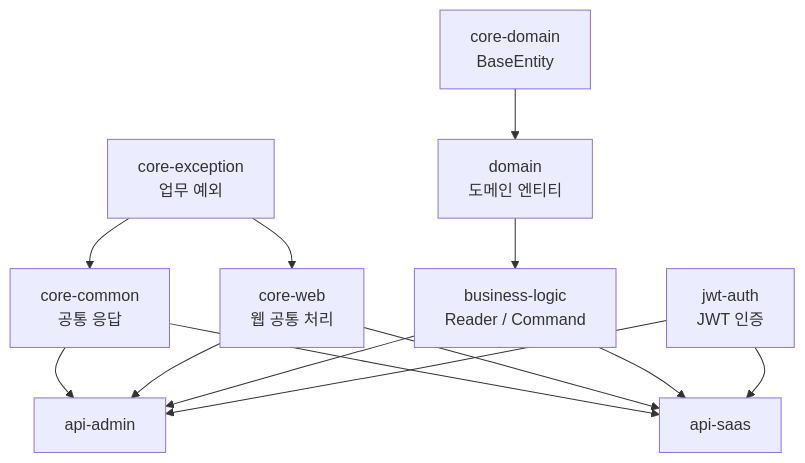
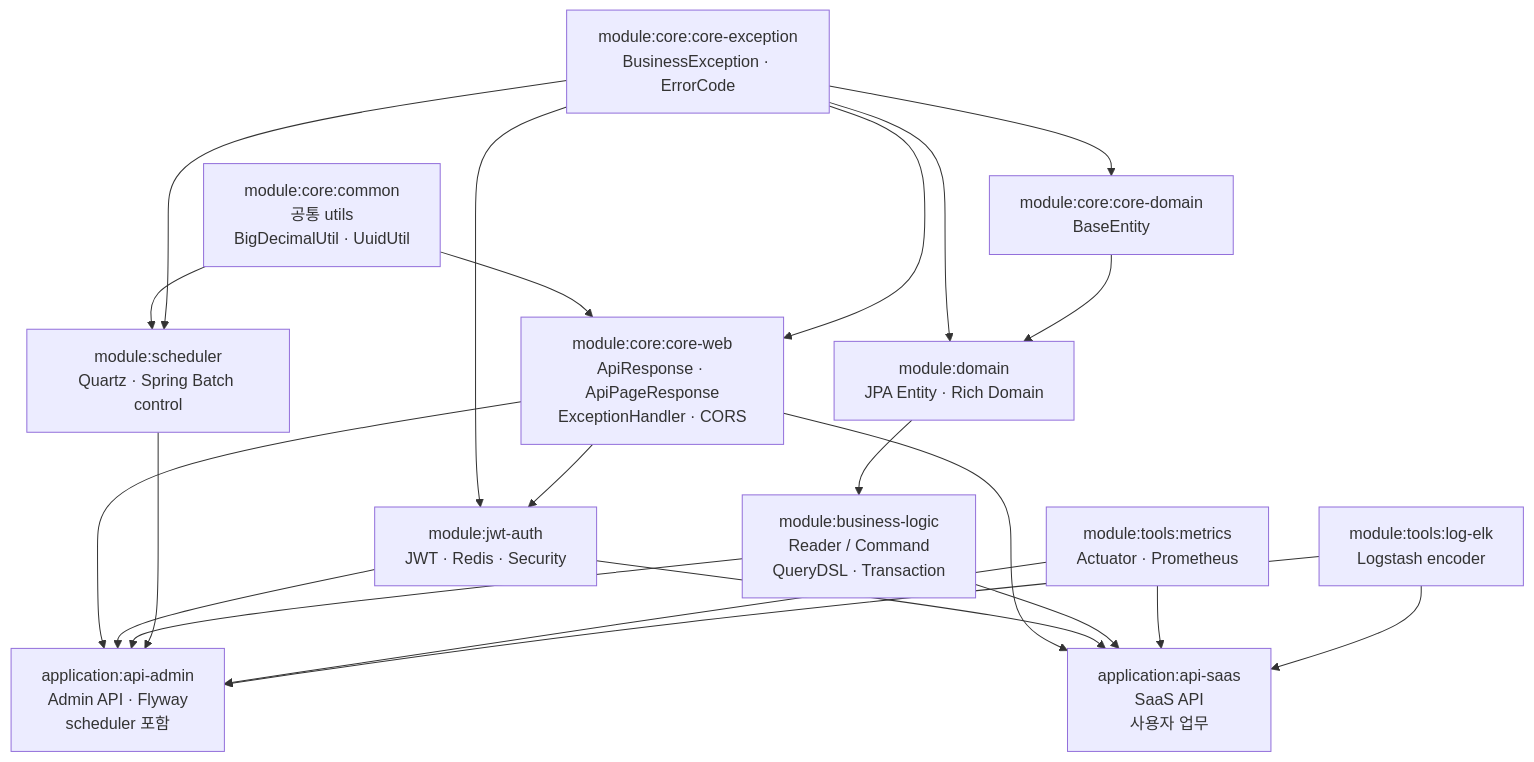
Before and after one commit to wantedhooni/portfolio: the first of 12 diagrams in core-banking/PORTFOLIO.md, drawn with Mermaid. The commit also changed other lines of this file and 19 other files, not shown here.

````diff
--- a/core-banking/PORTFOLIO.md
+++ b/core-banking/PORTFOLIO.md
@@ -34,25 +38,39 @@
 ```mermaid
 flowchart TD
-    common["core-common<br/>공통 응답"]
-    exception["core-exception<br/>업무 예외"]
-    web["core-web<br/>웹 공통 처리"]
-    domainCore["core-domain<br/>BaseEntity"]
-    domain["domain<br/>도메인 엔티티"]
-    logic["business-logic<br/>Reader / Command"]
-    jwt["jwt-auth<br/>JWT 인증"]
-    admin["api-admin"]
-    saas["api-saas"]
+    common["module:core:common<br/>공통 utils<br/>BigDecimalUtil · UuidUtil"]
+    exception["module:core:core-exception<br/>BusinessException · ErrorCode"]
+    coreDomain["module:core:core-domain<br/>BaseEntity"]
+    web["module:core:core-web<br/>ApiResponse · ApiPageResponse<br/>ExceptionHandler · CORS"]
+    domain["module:domain<br/>JPA Entity · Rich Domain"]
+    logic["module:business-logic<br/>Reader / Command<br/>QueryDSL · Transaction"]
+    jwt["module:jwt-auth<br/>JWT · Redis · Security"]
+    scheduler["module:scheduler<br/>Quartz · Spring Batch control"]
+    metrics["module:tools:metrics<br/>Actuator · Prometheus"]
+    logelk["module:tools:log-elk<br/>Logstash encoder"]
+    admin["application:api-admin<br/>Admin API · Flyway<br/>scheduler 포함"]
+    saas["application:api-saas<br/>SaaS API<br/>사용자 업무"]
 
-    exception --> common
+    common --> web
     exception --> web
-    domainCore --> domain
+    exception --> coreDomain
+    exception --> domain
+    coreDomain --> domain
     domain --> logic
-    common --> admin
+    exception --> jwt
+    web --> jwt
+    common --> scheduler
+    exception --> scheduler
+
     web --> admin
+    jwt --> admin
     logic --> admin
-    jwt --> admin
-    common --> saas
+    scheduler --> admin
+    metrics --> admin
+    logelk --> admin
+
     web --> saas
+    jwt --> saas
     logic --> saas
-    jwt --> saas
+    metrics --> saas
+    logelk --> saas
 ```
````
